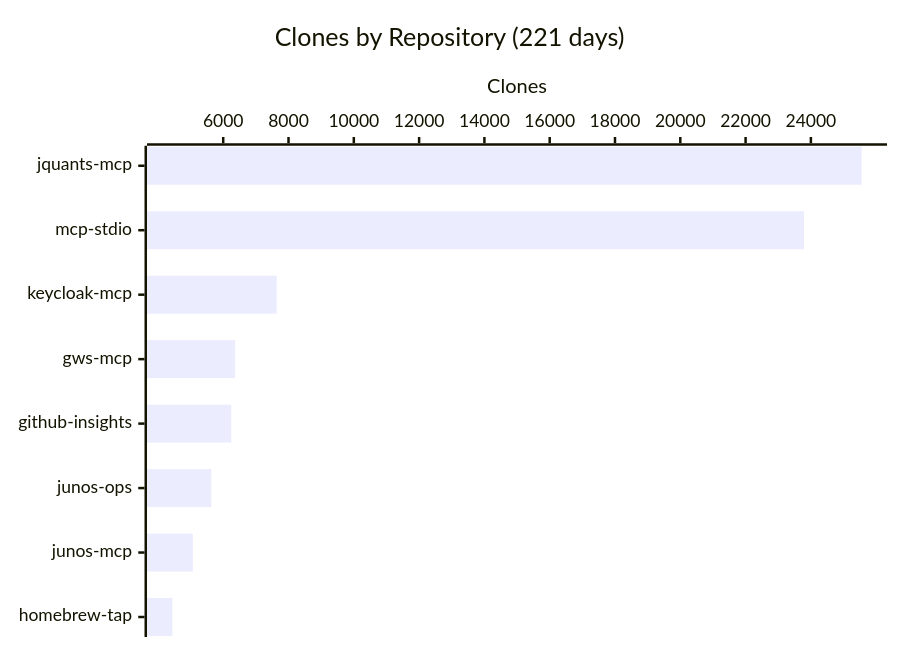
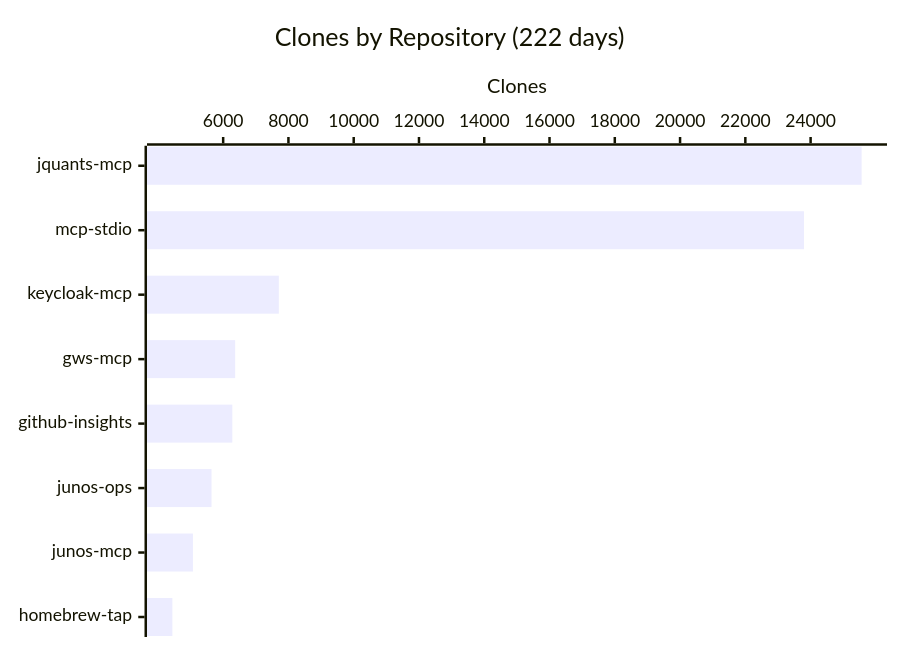
The fourth of 4 diagrams in README.md (shigechika/github-insights), drawn with Mermaid before and after one commit. The commit also changed other lines of this file and 1 other file, not shown here.

````diff
--- a/README.md
+++ b/README.md
@@ -58,7 +58,7 @@
 ```mermaid
 xychart-beta horizontal
-    title "Clones by Repository (221 days)"
+    title "Clones by Repository (222 days)"
     x-axis ["jquants-mcp", "mcp-stdio", "keycloak-mcp", "gws-mcp", "github-insights", "junos-ops", "junos-mcp", "homebrew-tap"]
     y-axis "Clones"
-    bar [25554, 23788, 7641, 6364, 6246, 5634, 5069, 4443]
+    bar [25563, 23796, 7705, 6368, 6280, 5643, 5074, 4444]
 ```
````
